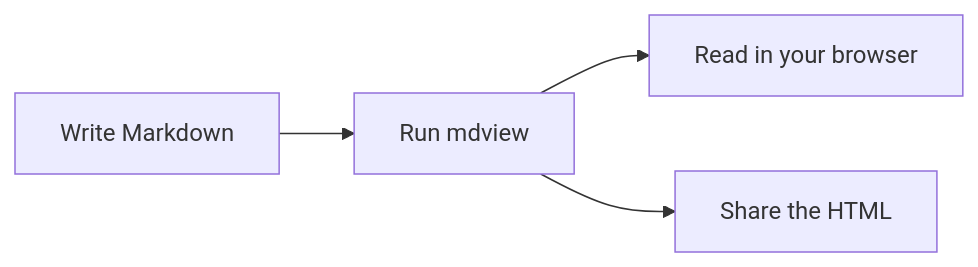
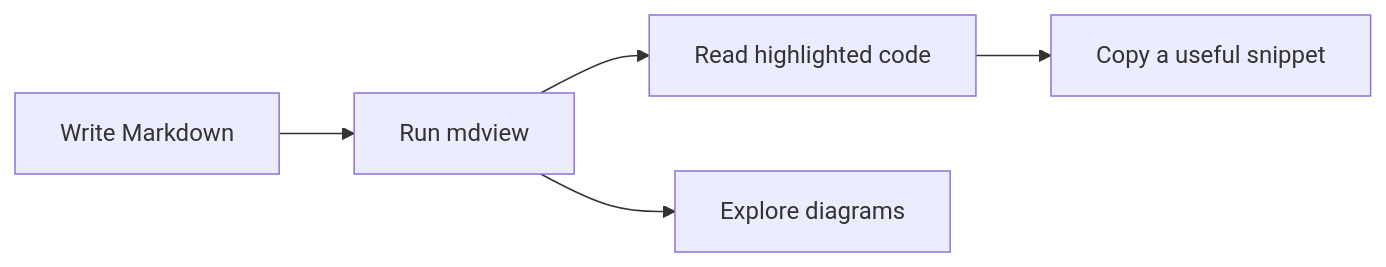
Before and after one commit to danielhundhausen/mdview: the first of 3 diagrams in example.md, drawn with Mermaid. The commit also changed other lines of this file and 19 other files, not shown here.

````diff
--- a/example.md
+++ b/example.md
@@ -50,6 +305,7 @@
 ```mermaid
 flowchart LR
     A[Write Markdown] --> B[Run mdview]
-    B --> C[Read in your browser]
-    B --> D[Share the HTML]
+    B --> C[Read highlighted code]
+    C --> D[Copy a useful snippet]
+    B --> E[Explore diagrams]
 ```
````
